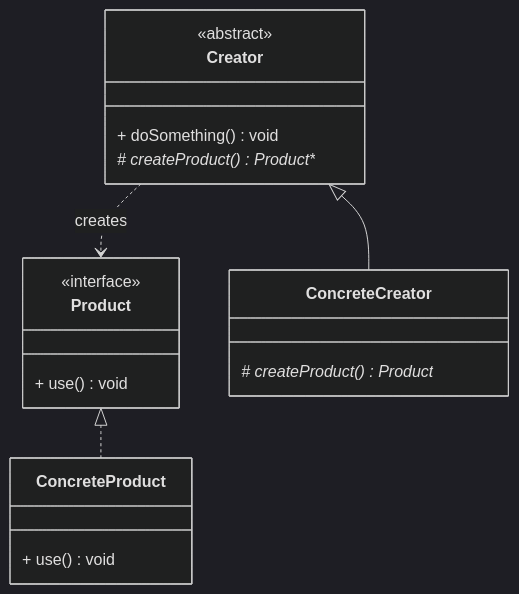
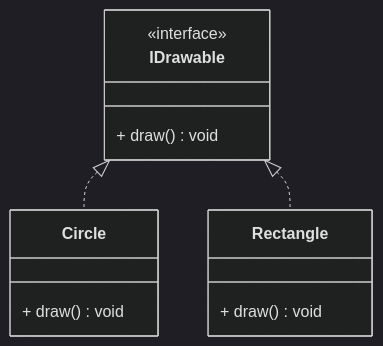
Before and after one commit to Apisteftos/QtTutorialCpp: the sixth of 9 diagrams in 02_OOP/03_Abstraction/Readme.md, drawn with Mermaid (dark theme). The commit also changed other lines of this file, not shown here.

Commit message:
feat: updating the readme.md with mermaid visualisation

````diff
--- a/02_OOP/03_Abstraction/Readme.md
+++ b/02_OOP/03_Abstraction/Readme.md
@@ -710,21 +721,15 @@
 ```mermaid
 classDiagram
-    class Product {
+    class IDrawable {
         <<interface>>
-        + use() void
+        + draw() void
     }
-    class Creator {
-        <<abstract>>
-        + doSomething() void
-        # createProduct() Product**
+    class Circle {
+        + draw() void
     }
-    class ConcreteProduct {
-        + use() void
+    class Rectangle {
+        + draw() void
     }
-    class ConcreteCreator {
-        # createProduct() Product*
-    }
-    Product <|.. ConcreteProduct
-    Creator <|-- ConcreteCreator
-    Creator ..> Product : creates
+    IDrawable <|.. Circle
+    IDrawable <|.. Rectangle
 ```
````
